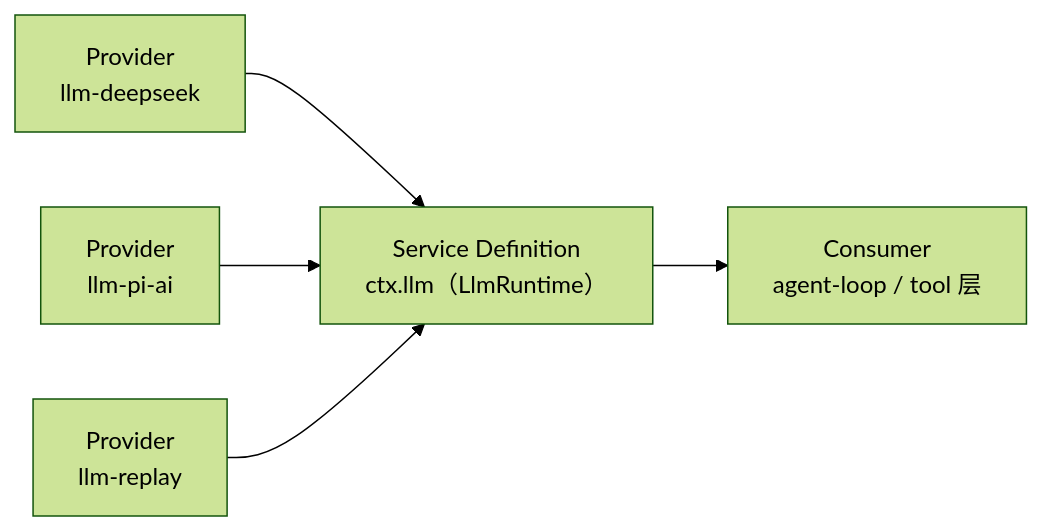
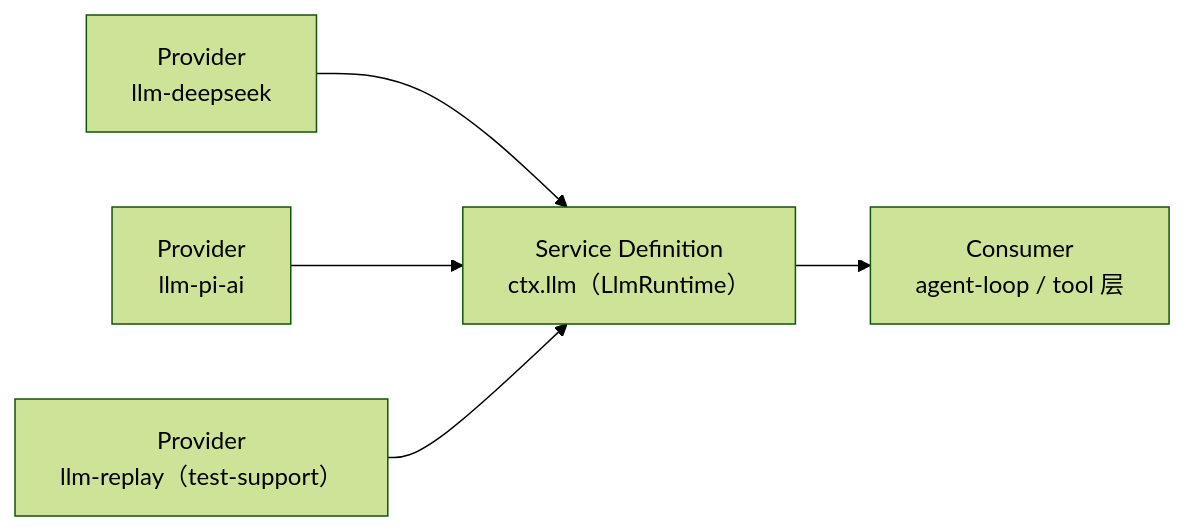
The diagram in src/ch10-seams.md (vacat/dsh-source-book), drawn with Mermaid (forest theme) before and after one commit. The commit also changed other lines of this file and 18 other files, not shown here.

````diff
--- a/src/ch10-seams.md
+++ b/src/ch10-seams.md
@@ -39,8 +39,8 @@
 ```mermaid
 flowchart LR
     SD["Service Definition<br/>ctx.llm（LlmRuntime）"] 
     P1["Provider<br/>llm-deepseek"] --> SD
     P2["Provider<br/>llm-pi-ai"] --> SD
-    P3["Provider<br/>llm-replay"] --> SD
+    P3["Provider<br/>llm-replay（test-support）"] --> SD
     SD --> C["Consumer<br/>agent-loop / tool 层"]
 ```
````
